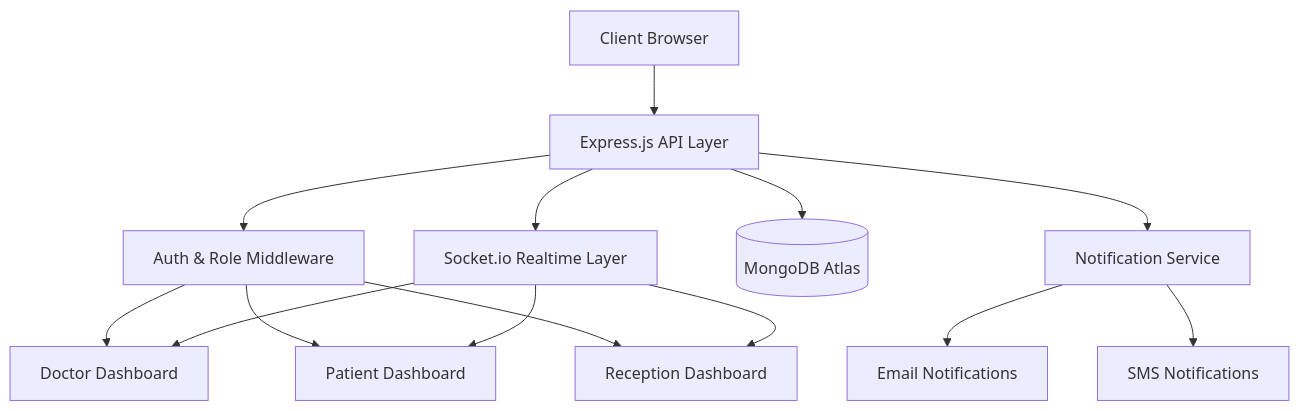
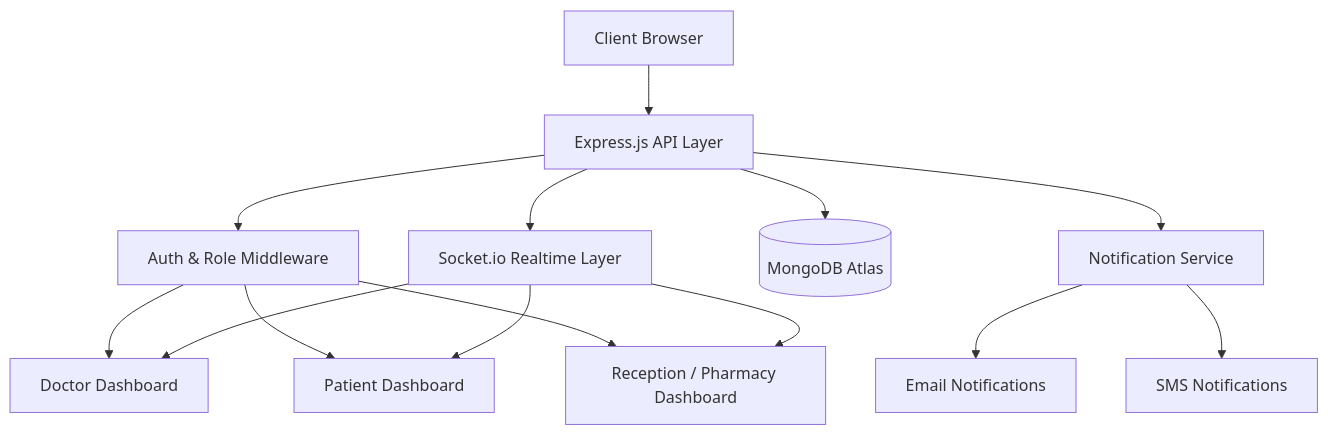
One commit to razashoeb840/razashoeb840 changed the first of 4 diagrams in README.md. Above: the diagram before and after it, drawn with Mermaid. The commit also changed other lines of this file, not shown here.

````diff
--- a/README.md
+++ b/README.md
@@ -175,16 +205,16 @@
 ```mermaid
 flowchart TD
     A["Client Browser"] --> B["Express.js API Layer"]
     B --> C["Auth & Role Middleware"]
     C --> D["Doctor Dashboard"]
     C --> E["Patient Dashboard"]
-    C --> F["Reception Dashboard"]
+    C --> F["Reception / Pharmacy Dashboard"]
     B --> G["Socket.io Realtime Layer"]
     G --> D
     G --> E
     G --> F
     B --> H[("MongoDB Atlas")]
     B --> I["Notification Service"]
     I --> J["Email Notifications"]
     I --> K["SMS Notifications"]
 ```
````
